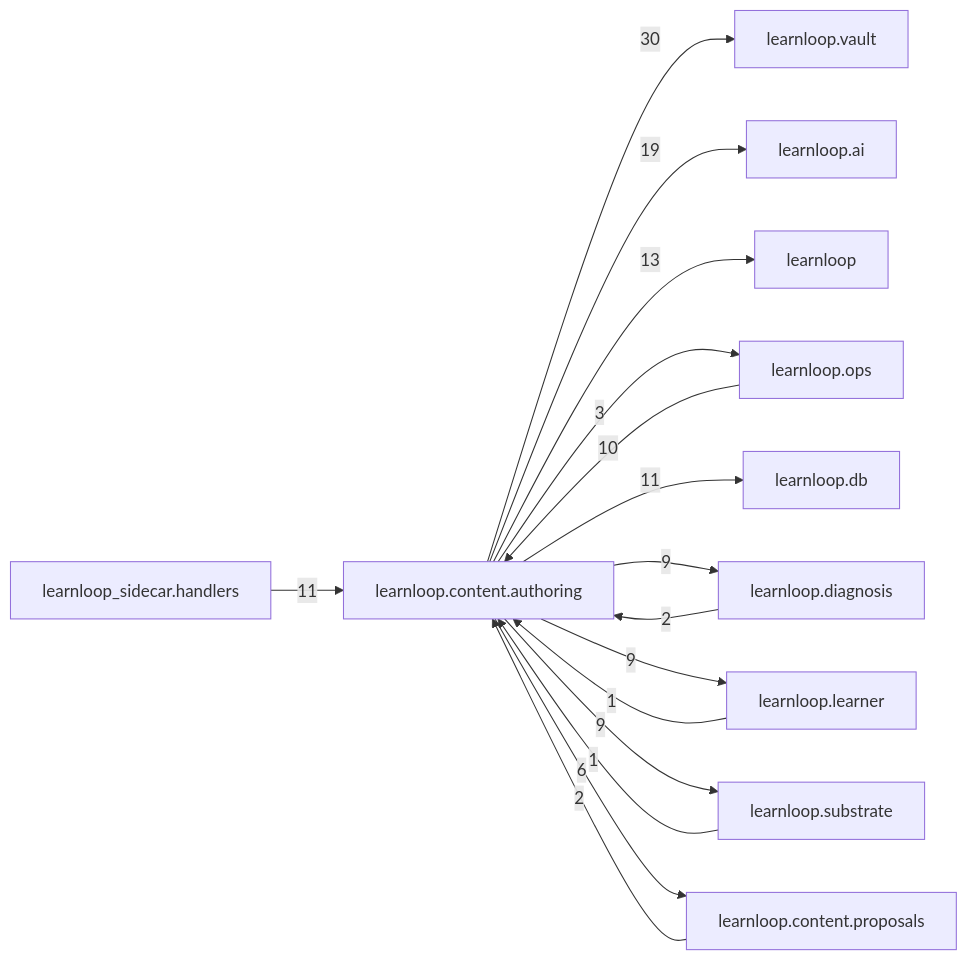
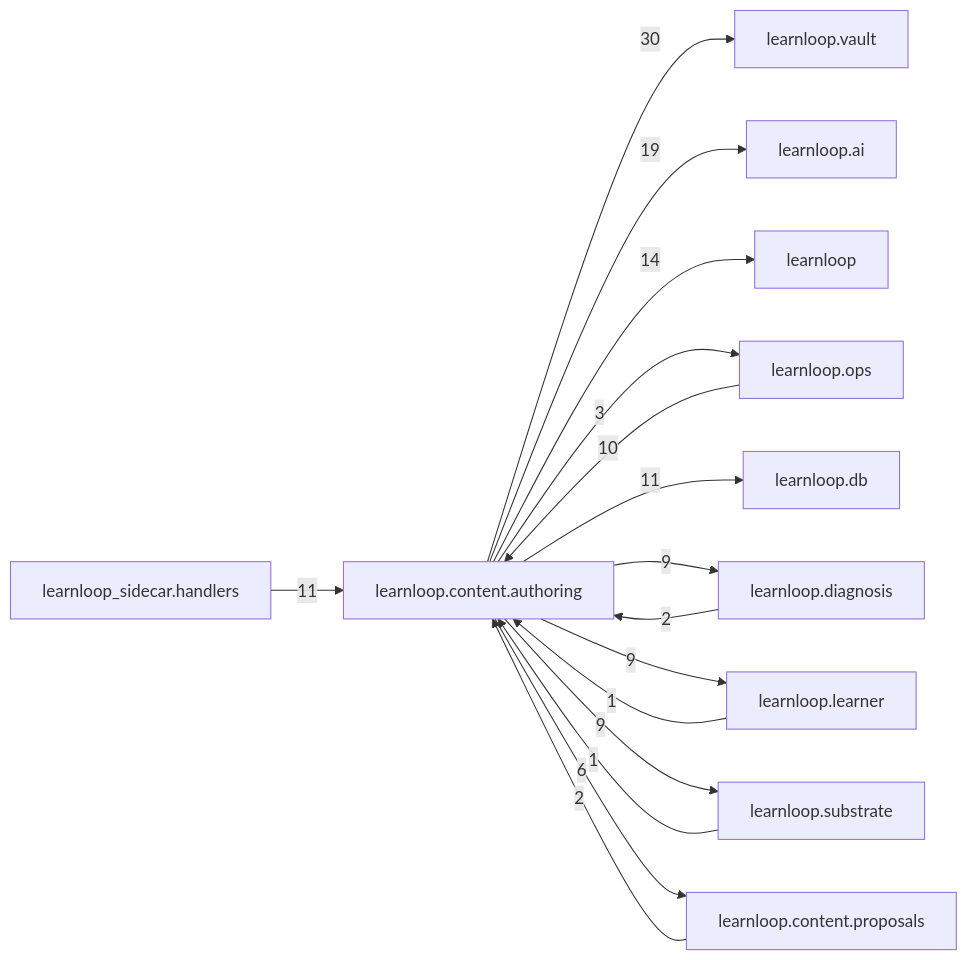
The diagram in docs/learnloop-architecture-vault/Reference/Modules/learnloop/content/authoring/_package.md (6up-b/learnanything), drawn with Mermaid before and after one commit. The commit also changed other lines of this file and 112 other files, not shown here.

````diff
--- a/docs/learnloop-architecture-vault/Reference/Modules/learnloop/content/authoring/_package.md
+++ b/docs/learnloop-architecture-vault/Reference/Modules/learnloop/content/authoring/_package.md
@@ -140,29 +140,29 @@
 ```mermaid
 flowchart LR
     center["learnloop.content.authoring"]
     n_learnloop_vault["learnloop.vault"]
     n_learnloop_ai["learnloop.ai"]
     n_learnloop["learnloop"]
     n_learnloop_ops["learnloop.ops"]
     n_learnloop_db["learnloop.db"]
     n_learnloop_diagnosis["learnloop.diagnosis"]
     n_learnloop_sidecar_handlers["learnloop_sidecar.handlers"]
     n_learnloop_learner["learnloop.learner"]
     n_learnloop_substrate["learnloop.substrate"]
     n_learnloop_content_proposals["learnloop.content.proposals"]
     center -->|30| n_learnloop_vault
     center -->|19| n_learnloop_ai
-    center -->|13| n_learnloop
+    center -->|14| n_learnloop
     n_learnloop_ops -->|10| center
     center -->|3| n_learnloop_ops
     center -->|11| n_learnloop_db
     n_learnloop_diagnosis -->|2| center
     center -->|9| n_learnloop_diagnosis
     n_learnloop_sidecar_handlers -->|11| center
     n_learnloop_learner -->|1| center
     center -->|9| n_learnloop_learner
     n_learnloop_substrate -->|1| center
     center -->|9| n_learnloop_substrate
     n_learnloop_content_proposals -->|2| center
     center -->|6| n_learnloop_content_proposals
 ```
````
